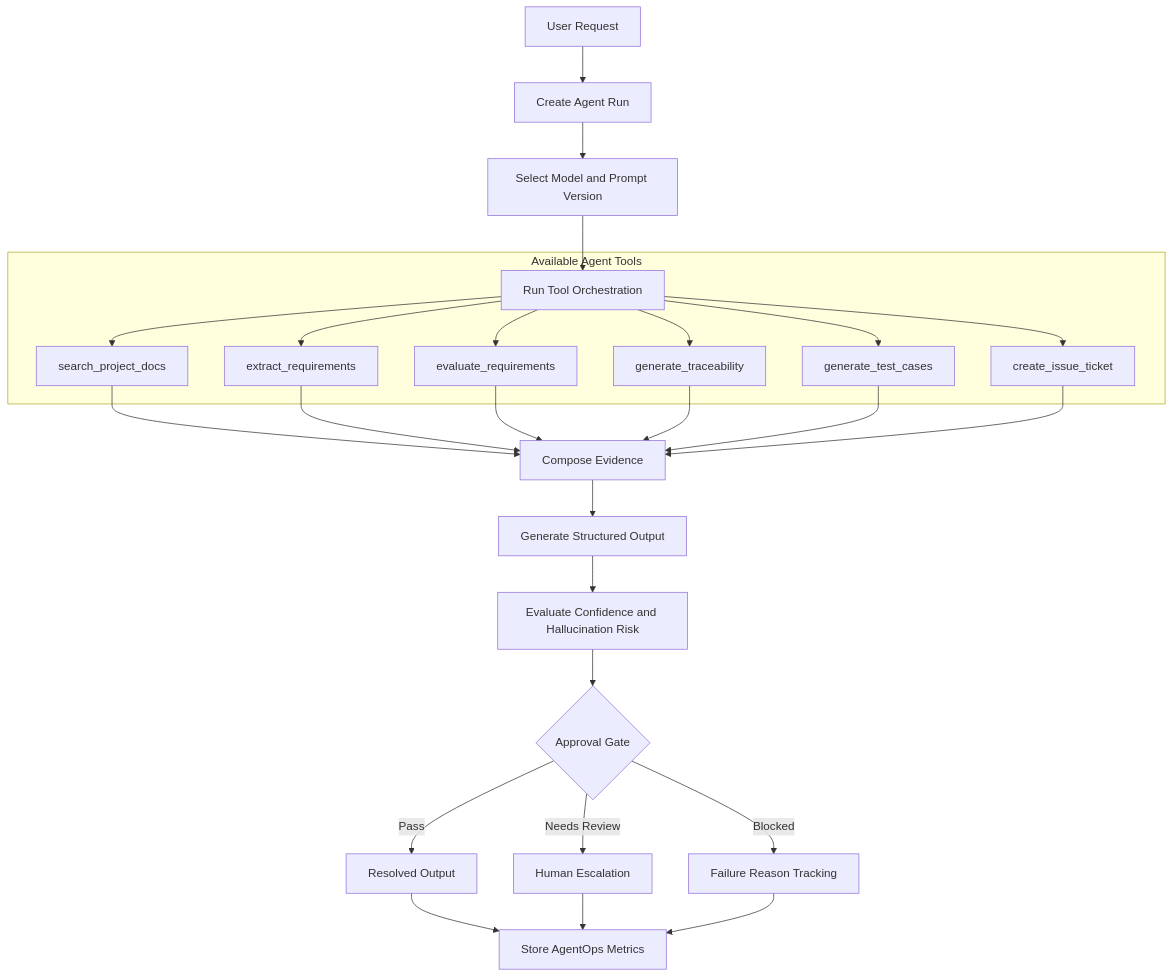
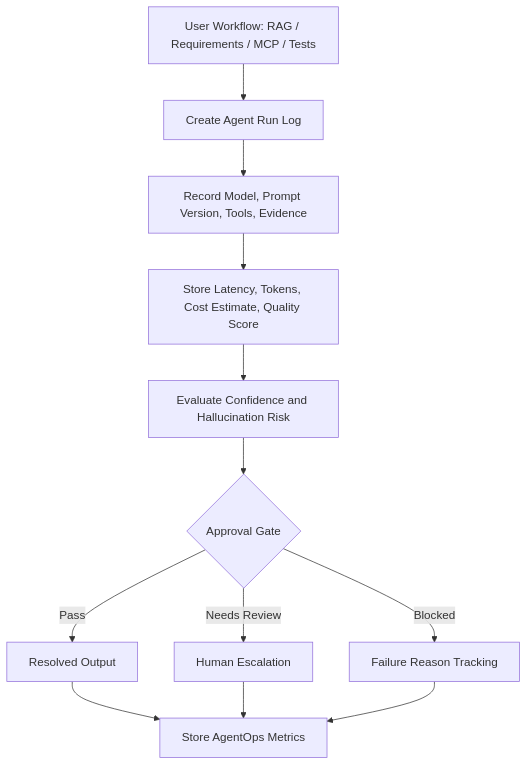
Before and after one commit to chz2010/Agentic_Document_AI_Platform_for_Safety_Engineering: the seventh of 10 diagrams in README.md, drawn with Mermaid. The commit also changed other lines of this file, not shown here.

Commit message:
Update README for recruiter demo and MCP-backed RAG

````diff
--- a/README.md
+++ b/README.md
@@ -291,32 +300,14 @@
 ```mermaid
 flowchart TD
-    A[User Request] --> B[Create Agent Run]
-    B --> C[Select Model and Prompt Version]
-    C --> D[Run Tool Orchestration]
-
-    subgraph Tools["Available Agent Tools"]
-        D --> T1[search_project_docs]
-        D --> T2[extract_requirements]
-        D --> T3[evaluate_requirements]
-        D --> T4[generate_traceability]
-        D --> T5[generate_test_cases]
-        D --> T6[create_issue_ticket]
-    end
-
-    T1 --> E[Compose Evidence]
-    T2 --> E
-    T3 --> E
-    T4 --> E
-    T5 --> E
-    T6 --> E
-
-    E --> F[Generate Structured Output]
-    F --> G[Evaluate Confidence and Hallucination Risk]
+    A[User Workflow: RAG / Requirements / MCP / Tests] --> B[Create Agent Run Log]
+    B --> C[Record Model, Prompt Version, Tools, Evidence]
+    C --> D[Store Latency, Tokens, Cost Estimate, Quality Score]
+    D --> G[Evaluate Confidence and Hallucination Risk]
     G --> H{Approval Gate}
     H -->|Pass| I[Resolved Output]
     H -->|Needs Review| J[Human Escalation]
     H -->|Blocked| K[Failure Reason Tracking]
     I --> L[Store AgentOps Metrics]
     J --> L
     K --> L
 ```
````
